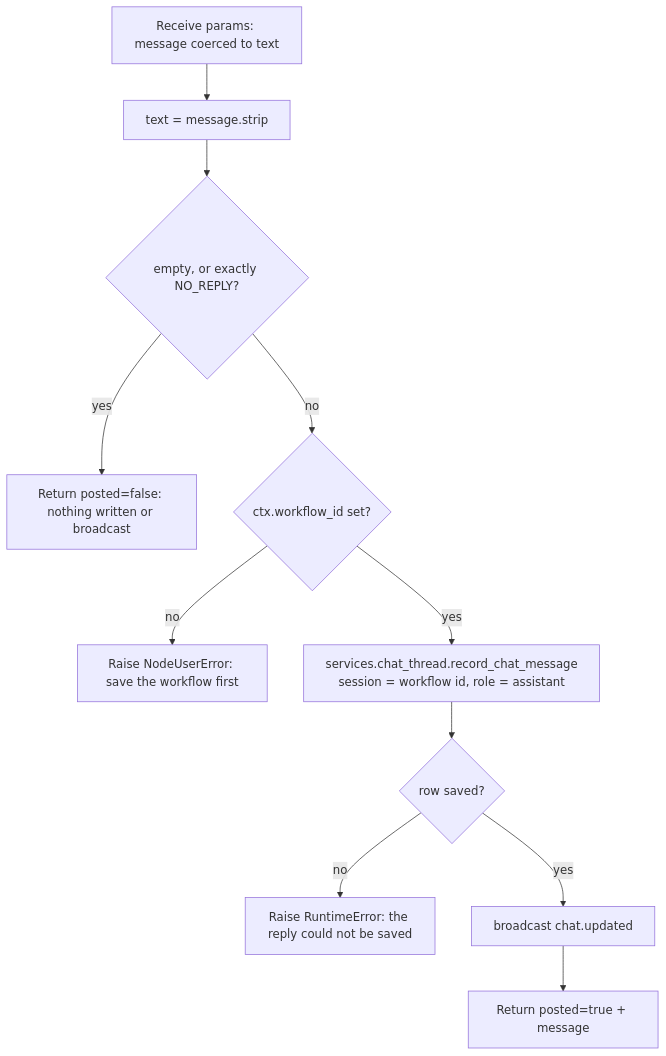
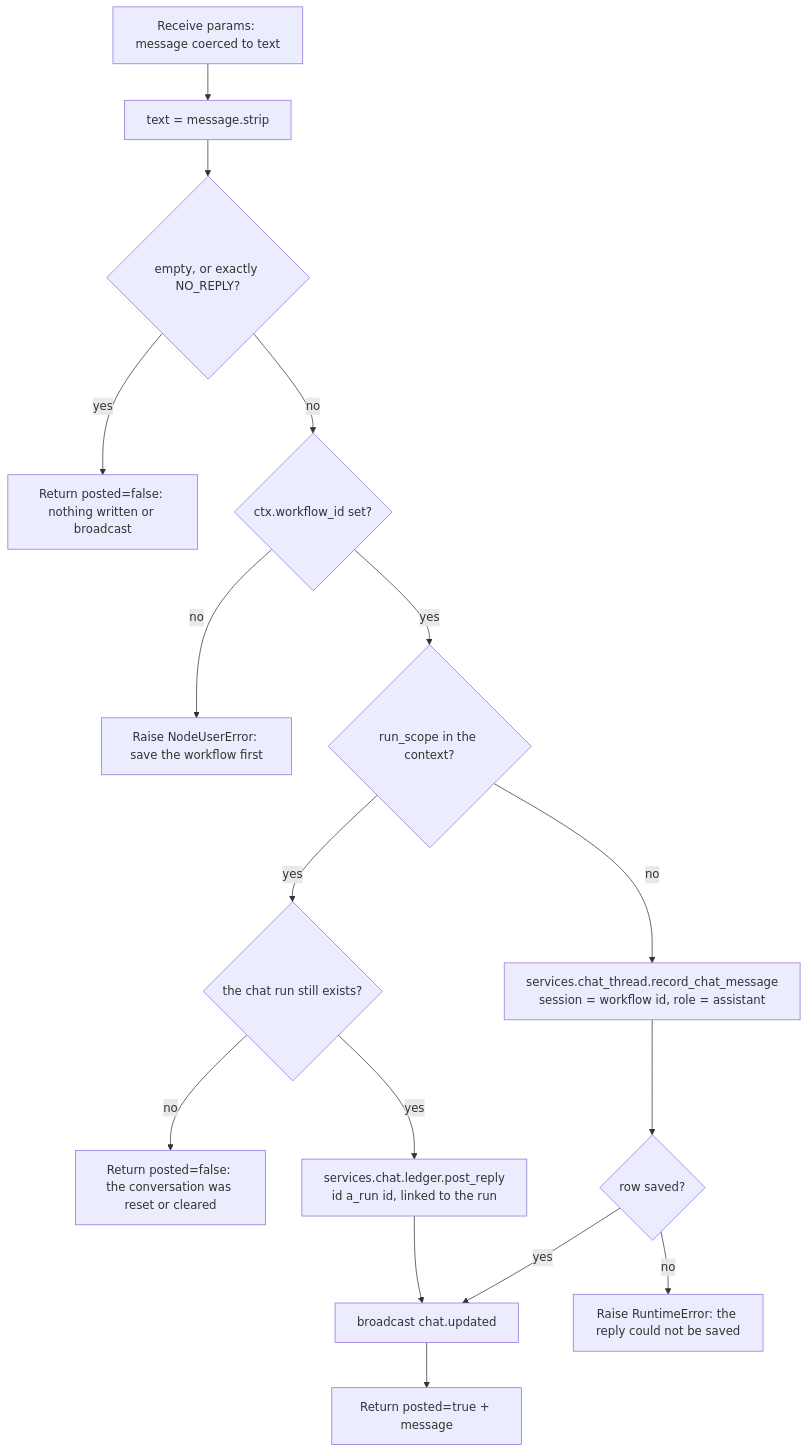
Before and after one commit to agent-memory-atlas-archive/zeenie-ai--OpenCompany: the diagram in docs-internal/node-logic-flows/chat_utility/chatReply.md, drawn with Mermaid. The commit also changed other lines of this file and 44 other files, not shown here.

````diff
--- a/docs-internal/node-logic-flows/chat_utility/chatReply.md
+++ b/docs-internal/node-logic-flows/chat_utility/chatReply.md
@@ -58,13 +60,18 @@
 ```mermaid
 flowchart TD
   A[Receive params: message coerced to text] --> B[text = message.strip]
   B --> C{empty, or exactly NO_REPLY?}
   C -- yes --> D[Return posted=false: nothing written or broadcast]
   C -- no --> E{ctx.workflow_id set?}
   E -- no --> F[Raise NodeUserError: save the workflow first]
-  E -- yes --> G[services.chat_thread.record_chat_message<br/>session = workflow id, role = assistant]
+  E -- yes --> R{run_scope in the context?}
+  R -- yes --> S{the chat run still exists?}
+  S -- no --> T[Return posted=false: the conversation was reset or cleared]
+  S -- yes --> U[services.chat.ledger.post_reply<br/>id a_run id, linked to the run]
+  U --> J
+  R -- no --> G[services.chat_thread.record_chat_message<br/>session = workflow id, role = assistant]
   G --> H{row saved?}
   H -- no --> I[Raise RuntimeError: the reply could not be saved]
   H -- yes --> J[broadcast chat.updated]
   J --> K[Return posted=true + message]
 ```
````
